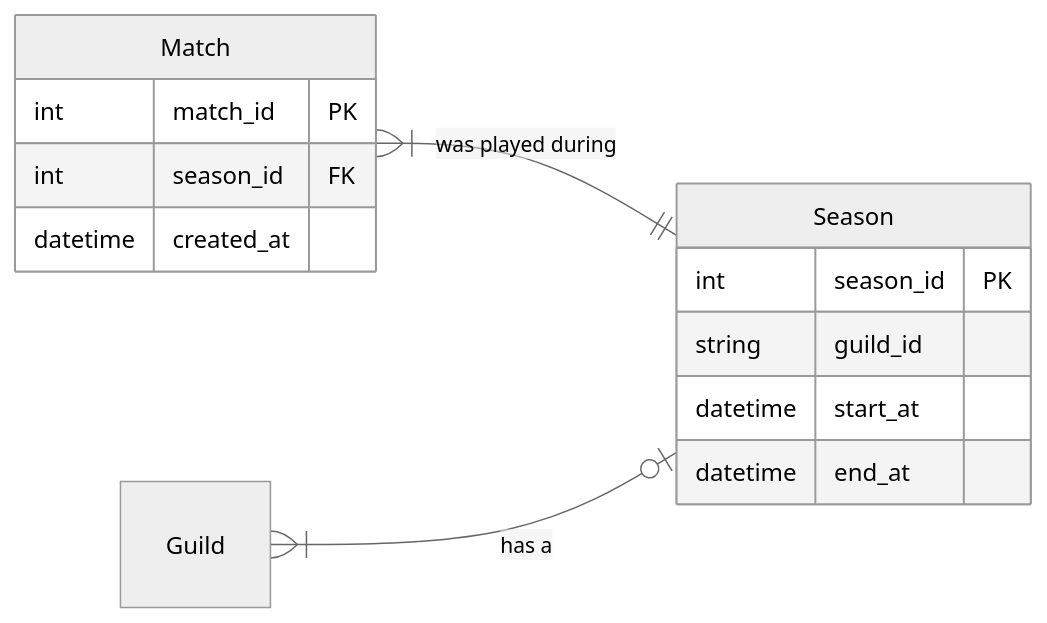
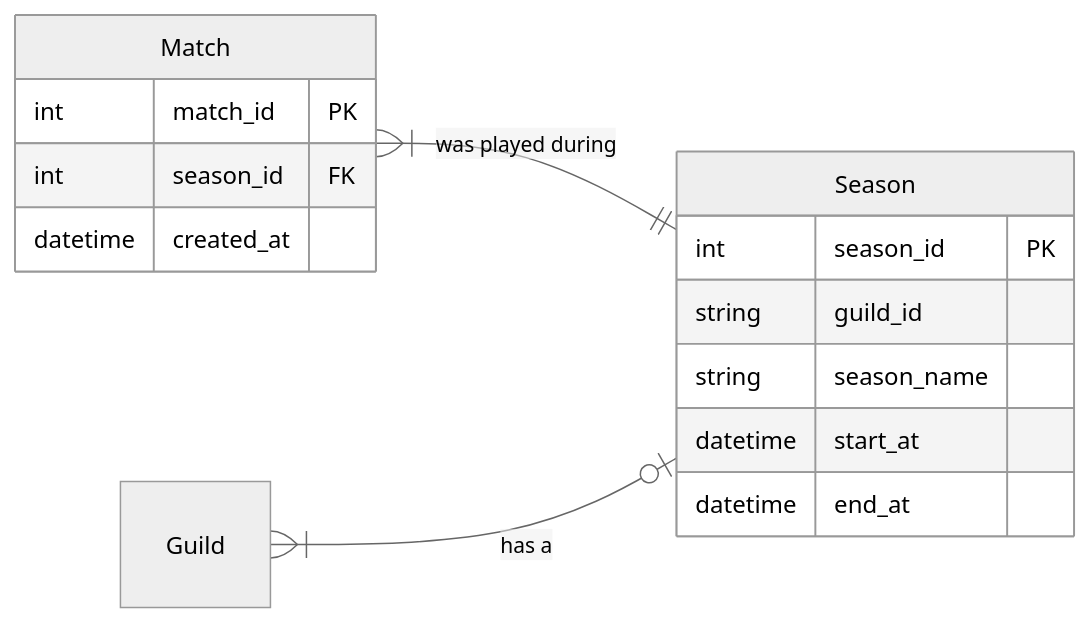
The third of 4 diagrams in apps/docsite/docs/Internal/database.md (aureateAnatidae/grindcord), drawn with Mermaid (neutral theme) before and after one commit. The commit also changed other lines of this file and 27 other files, not shown here.

````diff
--- a/apps/docsite/docs/Internal/database.md
+++ b/apps/docsite/docs/Internal/database.md
@@ -62,17 +62,18 @@
 ```mermaid
 erDiagram
     direction LR
     Match {
         int         match_id    PK
         int         season_id   FK
         datetime    created_at
     }
     Season {
         int         season_id   PK
         string      guild_id
+        string      season_name
         datetime    start_at
         datetime    end_at
     }
     Match }|--|| Season: "was played during"
     Guild }|--o| Season: "has a"
 ```
````
